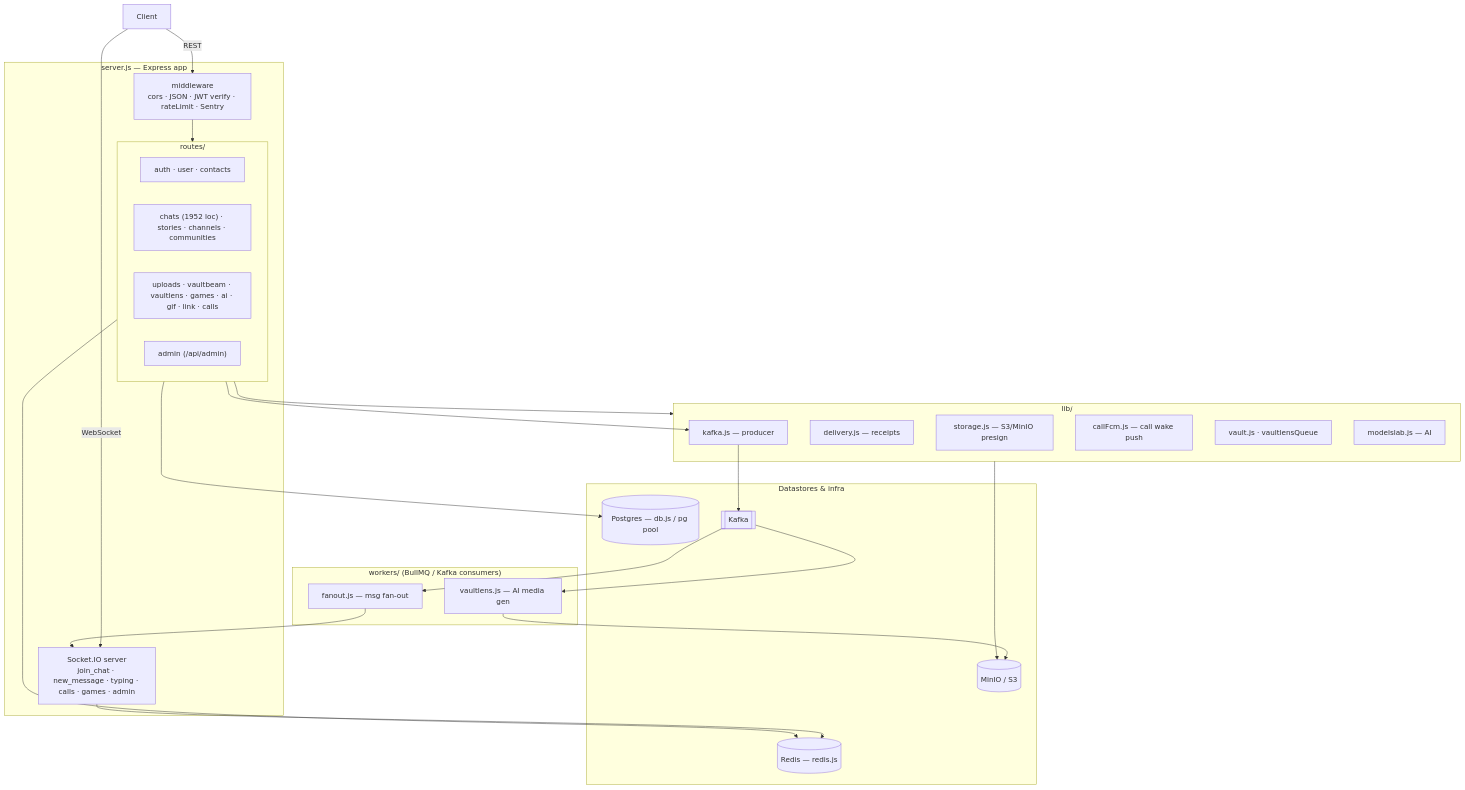
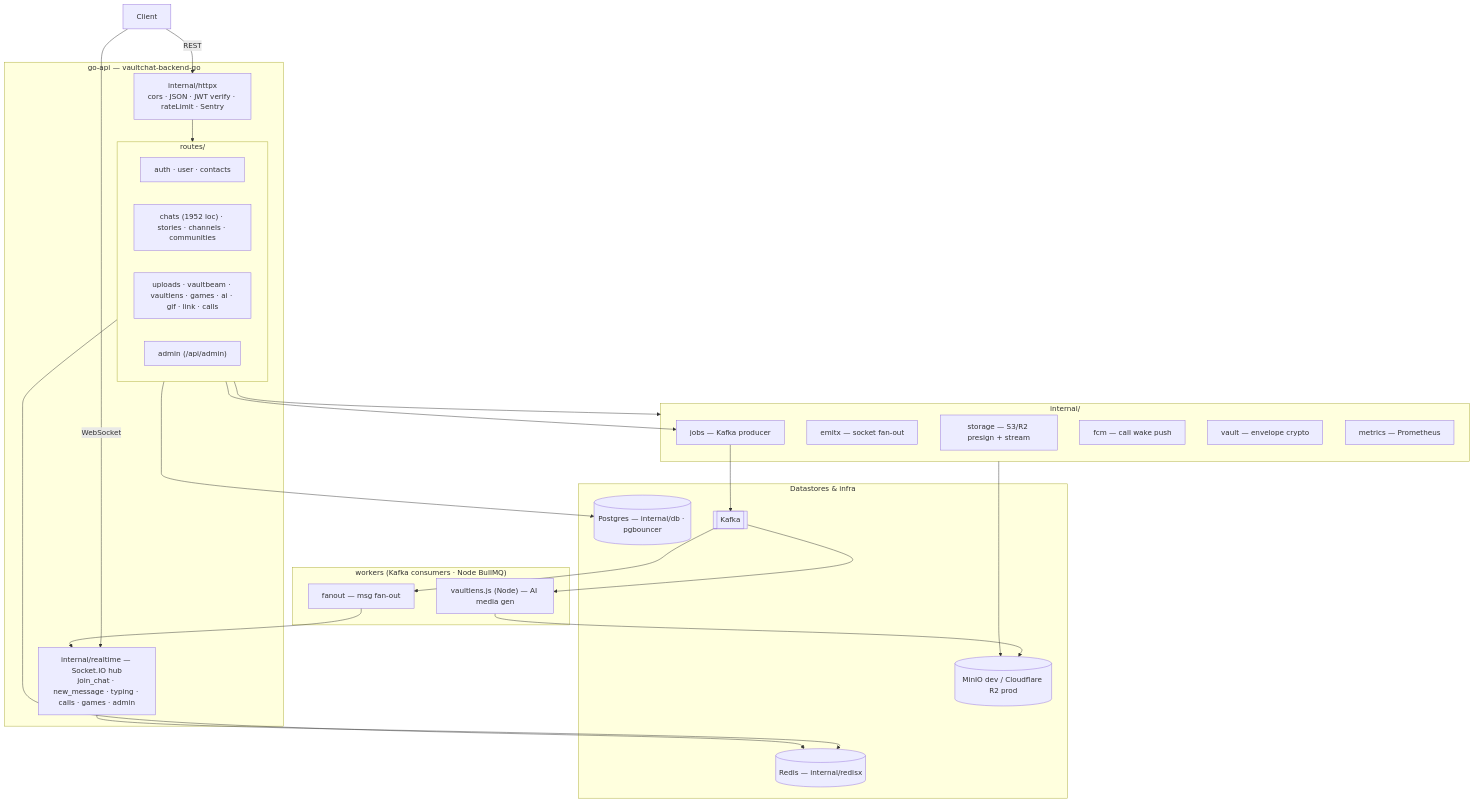
The third of 4 diagrams in ARCHITECTURE.md (srihari8204/VaultChat), drawn with Mermaid before and after one commit. The commit also changed other lines of this file and 2 other files, not shown here.

First line of the commit message:
chore(w0): retire the last Firebase consumers; reconcile ARCHITECTURE.md

````diff
--- a/ARCHITECTURE.md
+++ b/ARCHITECTURE.md
@@ -160,49 +171,49 @@
 ```mermaid
 flowchart TB
   CL["Client"]
 
-  subgraph SERVER["server.js — Express app"]
-    MW["middleware<br/>cors · JSON · JWT verify · rateLimit · Sentry"]
+  subgraph SERVER["go-api — vaultchat-backend-go"]
+    MW["internal/httpx<br/>cors · JSON · JWT verify · rateLimit · Sentry"]
     subgraph ROUTES["routes/"]
       R1["auth · user · contacts"]
       R2["chats (1952 loc) · stories · channels · communities"]
       R3["uploads · vaultbeam · vaultlens · games · ai · gif · link · calls"]
       R4["admin (/api/admin)"]
     end
-    IO["Socket.IO server<br/>join_chat · new_message · typing · calls · games · admin"]
+    IO["internal/realtime — Socket.IO hub<br/>join_chat · new_message · typing · calls · games · admin"]
   end
 
-  subgraph LIBB["lib/"]
-    STORAGE["storage.js — S3/MinIO presign"]
-    DELIV["delivery.js — receipts"]
-    KAF["kafka.js — producer"]
-    CALLFCM["callFcm.js — call wake push"]
-    VAULT["vault.js · vaultlensQueue"]
-    MODELS["modelslab.js — AI"]
+  subgraph LIBB["internal/"]
+    STORAGE["storage — S3/R2 presign + stream"]
+    EMITX["emitx — socket fan-out"]
+    KAF["jobs — Kafka producer"]
+    CALLFCM["fcm — call wake push"]
+    VAULT["vault — envelope crypto"]
+    METRICS["metrics — Prometheus"]
   end
 
-  subgraph WORKERS["workers/ (BullMQ / Kafka consumers)"]
-    FANOUT["fanout.js — msg fan-out"]
-    VLENS["vaultlens.js — AI media gen"]
+  subgraph WORKERS["workers (Kafka consumers · Node BullMQ)"]
+    FANOUT["fanout — msg fan-out"]
+    VLENS["vaultlens.js (Node) — AI media gen"]
   end
 
   subgraph DATA["Datastores & infra"]
-    PG[("Postgres — db.js / pg pool")]
-    RD[("Redis — redis.js")]
+    PG[("Postgres — internal/db · pgbouncer")]
+    RD[("Redis — internal/redisx")]
     KFK[["Kafka"]]
-    S3[("MinIO / S3")]
+    S3[("MinIO dev / Cloudflare R2 prod")]
   end
 
   CL -- REST --> MW --> ROUTES
   CL -- WebSocket --> IO
   ROUTES --> LIBB
   IO --> RD
   ROUTES --> PG
   ROUTES --> RD
   LIBB --> S3
   ROUTES --> KAF --> KFK
   KFK --> FANOUT
   KFK --> VLENS
   FANOUT --> IO
   VLENS --> S3
 ```
````
